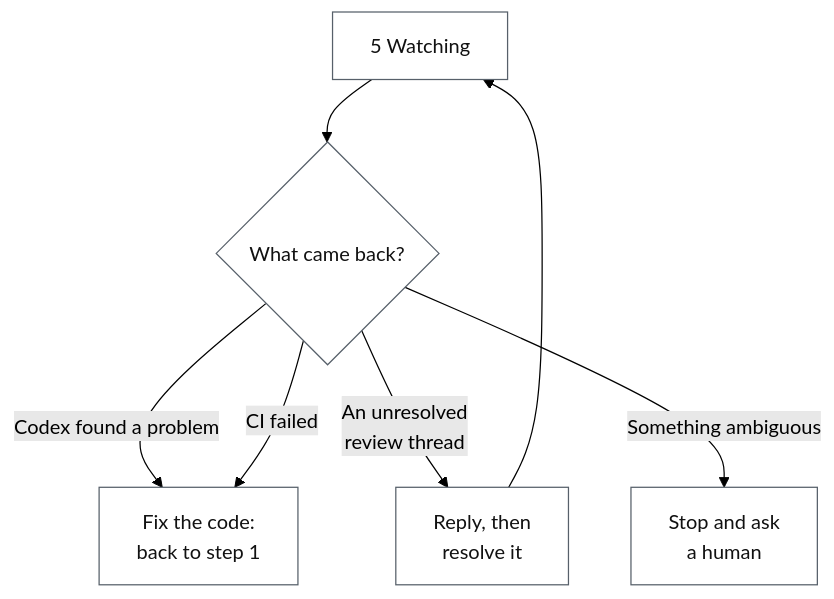
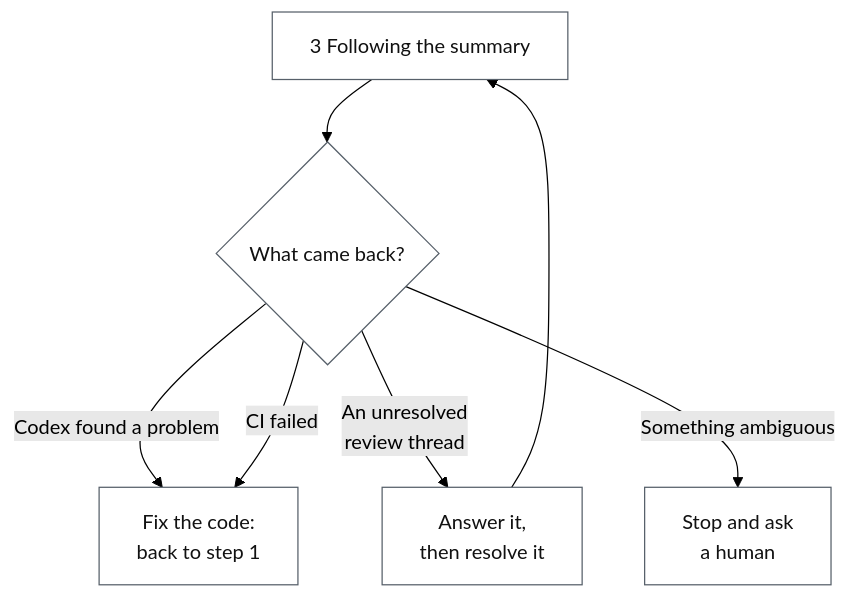
The second of 2 diagrams in docs/review-flow.md (fengjiachun/review-bridge), drawn with Mermaid (forest theme) before and after one commit. The commit also changed other lines of this file and 26 other files, not shown here.

````diff
--- a/docs/review-flow.md
+++ b/docs/review-flow.md
@@ -123,11 +101,11 @@
 ```mermaid
 flowchart TD
-  E["5 Watching"] --> Q{"What came back?"}
+  E["3 Following the summary"] --> Q{"What came back?"}
   Q -->|"Codex found a problem"| R1["Fix the code:<br/>back to step 1"]
   Q -->|"CI failed"| R1
-  Q -->|"An unresolved<br/>review thread"| R2["Reply, then<br/>resolve it"]
+  Q -->|"An unresolved<br/>review thread"| R2["Answer it,<br/>then resolve it"]
   Q -->|"Something ambiguous"| R3["Stop and ask<br/>a human"]
   R2 --> E
   classDef n fill:#ffffff,stroke:#57606a,stroke-width:1px,color:#111111;
   class E,Q,R1,R2,R3 n;
 ```
````
